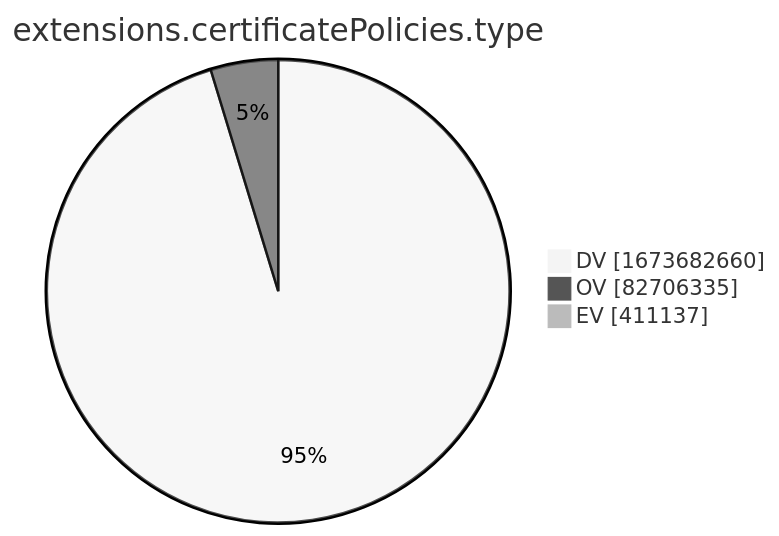
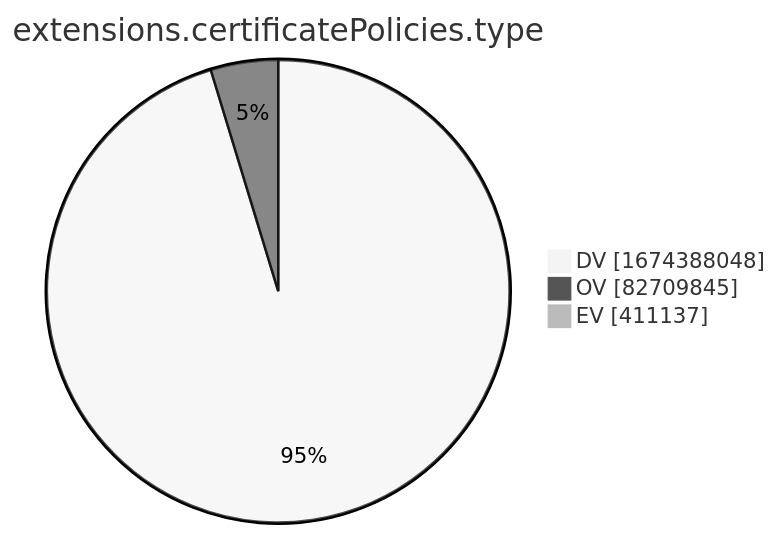
Before and after one commit to christiankrug/ctmonitor_visualization: the tenth of 15 diagrams in xenon2022/README.md, drawn with Mermaid (neutral theme). The commit also changed other lines of this file, not shown here.

````diff
--- a/xenon2022/README.md
+++ b/xenon2022/README.md
@@ -2880,7 +2880,7 @@
 ```mermaid
 pie showData
 title extensions.certificatePolicies.type
-"DV" :1673682660
-"OV" :82706335
+"DV" :1674388048
+"OV" :82709845
 "EV" :411137
 ```
````
